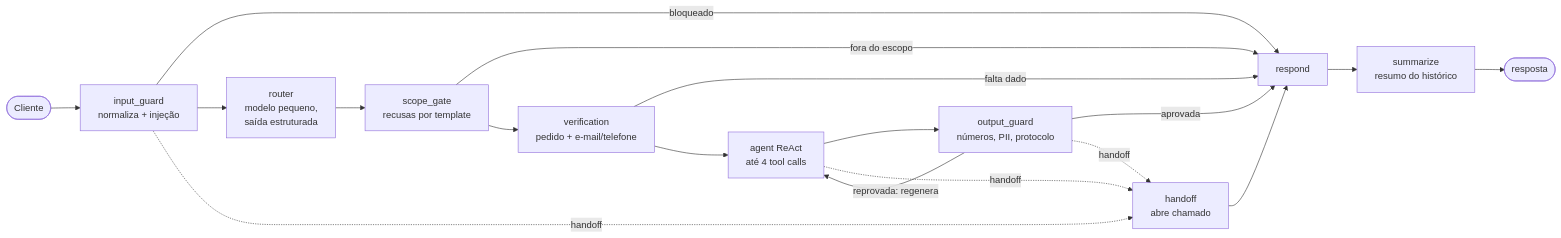
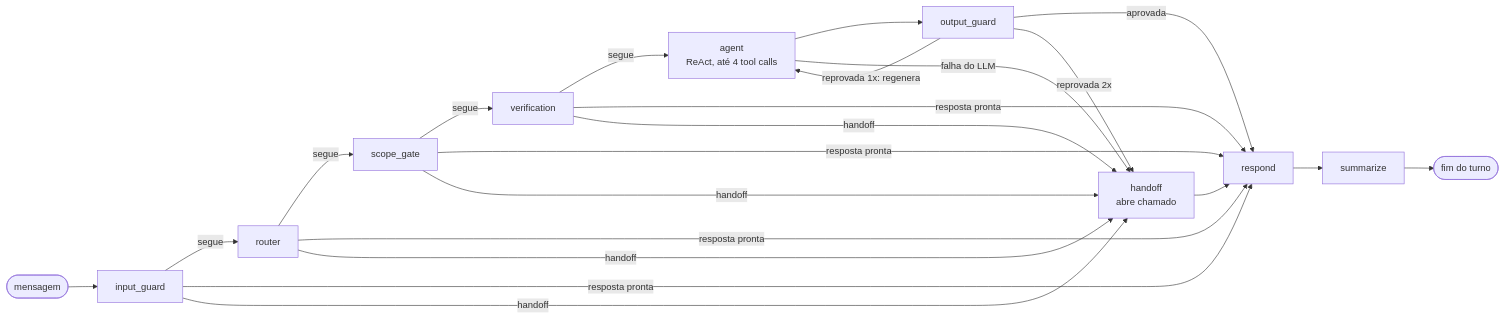
One commit to SamuelMauli/music-store-agent changed the first of 3 diagrams in README.md. Above: the diagram before and after it, drawn with Mermaid. The commit also changed other lines of this file, not shown here.

````diff
--- a/README.md
+++ b/README.md
@@ -134,20 +129,18 @@
 ```mermaid
 flowchart LR
-    U([Cliente]) --> IG[input_guard<br/>normaliza + injeção]
-    IG -->|bloqueado| R
-    IG --> RT[router<br/>modelo pequeno,<br/>saída estruturada]
-    RT --> SG[scope_gate<br/>recusas por template]
-    SG -->|fora do escopo| R
-    SG --> V[verification<br/>pedido + e-mail/telefone]
-    V -->|falta dado| R
-    V --> AG[agent ReAct<br/>até 4 tool calls]
-    AG --> OG[output_guard<br/>números, PII, protocolo]
-    OG -->|reprovada: regenera| AG
+    S([mensagem]) --> IG[input_guard]
+    IG -->|segue| RT[router]
+    RT -->|segue| SG[scope_gate]
+    SG -->|segue| V[verification]
+    V -->|segue| AG[agent<br/>ReAct, até 4 tool calls]
+    AG --> OG[output_guard]
+    OG -->|reprovada 1x: regenera| AG
     OG -->|aprovada| R[respond]
-    IG -.->|handoff| H[handoff<br/>abre chamado]
-    AG -.->|handoff| H
-    OG -.->|handoff| H
+    IG & RT & SG & V -->|resposta pronta| R
+    IG & RT & SG & V -->|handoff| H[handoff<br/>abre chamado]
+    AG -->|falha do LLM| H
+    OG -->|reprovada 2x| H
     H --> R
-    R --> S[summarize<br/>resumo do histórico]
-    S --> E([resposta])
+    R --> SU[summarize]
+    SU --> E([fim do turno])
 ```
````
